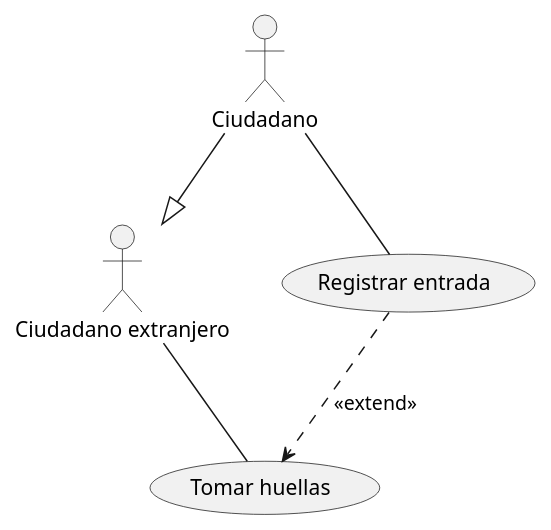
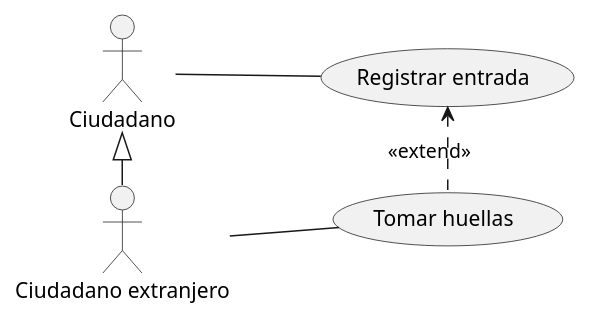
One commit to M-pozo/UMLCasosDeUso_MiguelPozo changed the diagram in src/CasosDeUso/PuestoFronterizo.puml. Above: the diagram before and after it, drawn with PlantUML.

Commit message:
Caso Mejorado (Puesto fronterizo)

```diff
--- a/src/CasosDeUso/PuestoFronterizo.puml
+++ b/src/CasosDeUso/PuestoFronterizo.puml
@@ -1,14 +1,13 @@
 @startuml
+left to right direction
+
+:Ciudadano extranjero: as A2
+usecase "Tomar huellas" as UC2
+A2 -- UC2
 
 :Ciudadano: as A1
-:Ciudadano extranjero: as A2
-
 usecase "Registrar entrada" as UC1
-usecase "Tomar huellas" as UC2
-
 A1 -- UC1
-A2 -- UC2
-UC1 ..> UC2 : <<extend>>
-A1 --|> A2
-
+UC1 <. UC2 : <<extend>>
+A1 <|- A2
 @enduml
```
